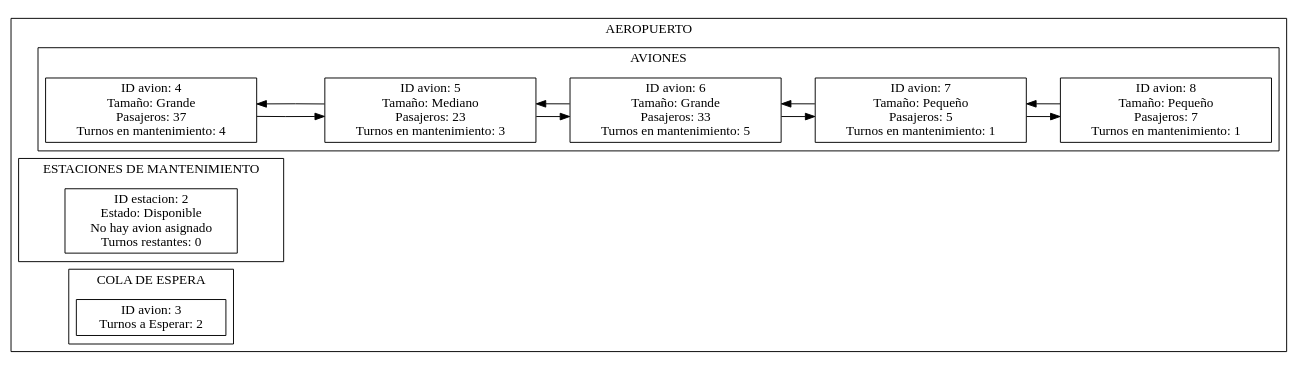
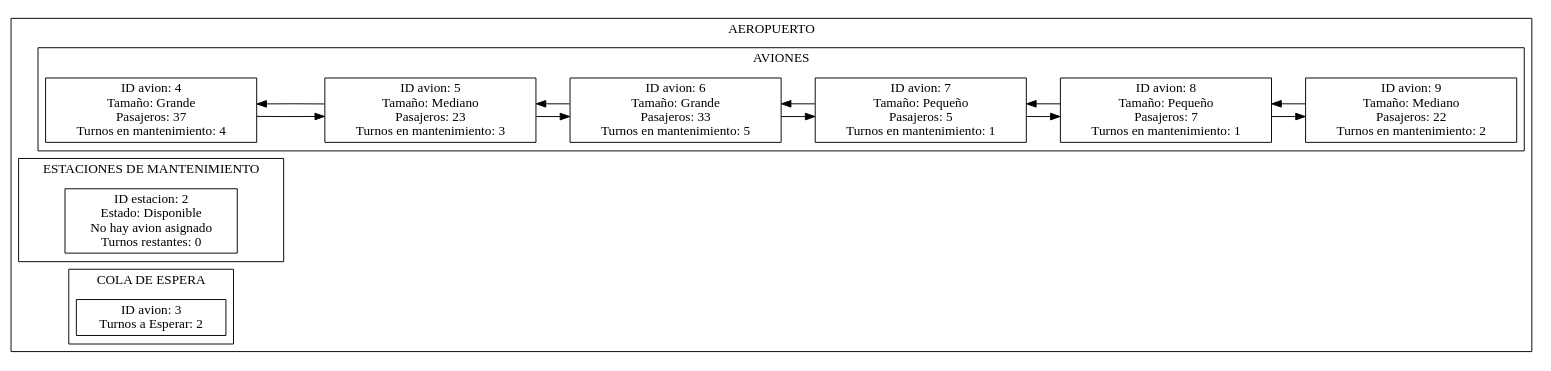
Before and after one commit to denisse-br/EDD_201224240: the diagram in practica1201224240/reportes/Grafica.dot, drawn with Graphviz. The commit also changed 4 other files, not shown here.

```diff
--- a/practica1201224240/reportes/Grafica.dot
+++ b/practica1201224240/reportes/Grafica.dot
@@ -1,28 +1,31 @@
 digraph{ 
  rankdir=LR; 
  node[shape = record, color = black];subgraph clusterAeropuerto{ 
 label = "AEROPUERTO"; 
 	  subgraph clusterAviones{ 
 	  label = "AVIONES"; 
 		 a0[label="ID avion: 4\n Tamaño: Grande\n Pasajeros: 37\n Turnos en mantenimiento: 4 "];
 		 a1[label="ID avion: 5\n Tamaño: Mediano\n Pasajeros: 23\n Turnos en mantenimiento: 3 "];
 		 a2[label="ID avion: 6\n Tamaño: Grande\n Pasajeros: 33\n Turnos en mantenimiento: 5 "];
 		 a3[label="ID avion: 7\n Tamaño: Pequeño\n Pasajeros: 5\n Turnos en mantenimiento: 1 "];
 		 a4[label="ID avion: 8\n Tamaño: Pequeño\n Pasajeros: 7\n Turnos en mantenimiento: 1 "];
+		 a5[label="ID avion: 9\n Tamaño: Mediano\n Pasajeros: 22\n Turnos en mantenimiento: 2 "];
 }
 a0->a1
 a1->a2
 a1->a0
 a2->a3
 a2->a1
 a3->a4
 a3->a2
+a4->a5
 a4->a3
+a5->a4
 	  subgraph clusterlistaSim{ 
 	  label = "ESTACIONES DE MANTENIMIENTO"; 
 		 b0[label="ID estacion: 2\nEstado: Disponible\nNo hay avion asignado \nTurnos restantes: 0"];
 	 }	  subgraph clusterlistaCola{ 
 	  label = "COLA DE ESPERA"; 
 		 c0[label="ID avion: 3\nTurnos a Esperar: 2\n "];
 	 }}
 }
```
